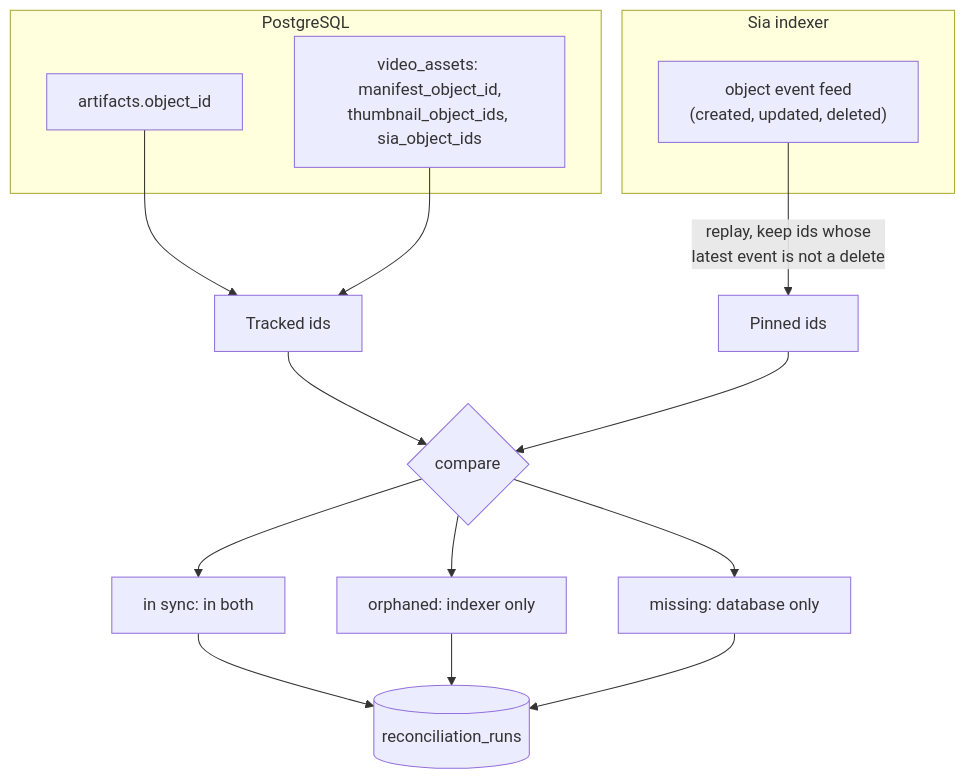
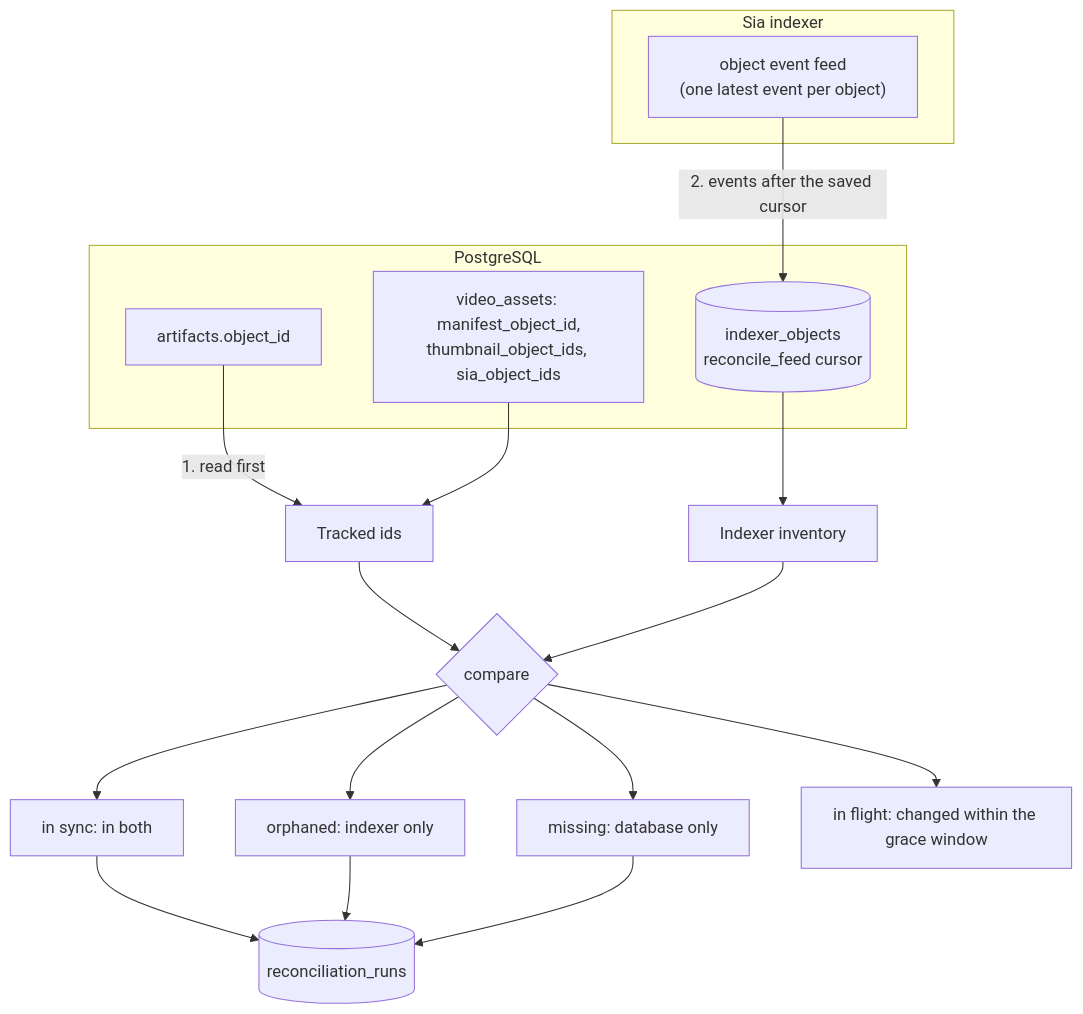
The second of 2 diagrams in docs/architecture/deletion-and-reconciliation.md (justmert/Sluby), drawn with Mermaid before and after one commit. The commit also changed other lines of this file and 19 other files, not shown here.

Commit message:
reconcile incrementally from a saved copy of the indexer inventory, fail on a stalled feed, skip work in flight and keep the last 100 runs

````diff
--- a/docs/architecture/deletion-and-reconciliation.md
+++ b/docs/architecture/deletion-and-reconciliation.md
@@ -75,21 +75,24 @@
 ```mermaid
 flowchart TB
   subgraph db [PostgreSQL]
     a[artifacts.object_id]
     v["video_assets: manifest_object_id,<br/>thumbnail_object_ids, sia_object_ids"]
+    copy[("indexer_objects<br/>reconcile_feed cursor")]
   end
   subgraph idx [Sia indexer]
-    f["object event feed<br/>(created, updated, deleted)"]
+    f["object event feed<br/>(one latest event per object)"]
   end
-  a --> dbset[Tracked ids]
+  a -- "1. read first" --> dbset[Tracked ids]
   v --> dbset
-  f -- "replay, keep ids whose<br/>latest event is not a delete" --> ixset[Pinned ids]
+  f -- "2. events after the saved cursor" --> copy
+  copy --> ixset[Indexer inventory]
   dbset --> diff{compare}
   ixset --> diff
   diff --> sync[in sync: in both]
   diff --> orphan[orphaned: indexer only]
   diff --> missing[missing: database only]
+  diff --> flight[in flight: changed within the grace window]
   sync --> run[(reconciliation_runs)]
   orphan --> run
   missing --> run
 ```
````
